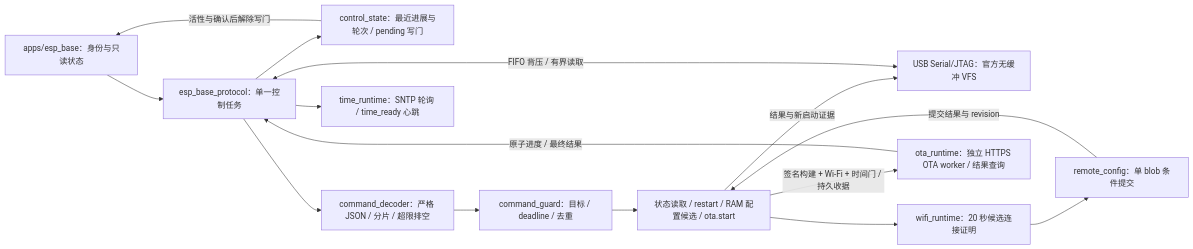
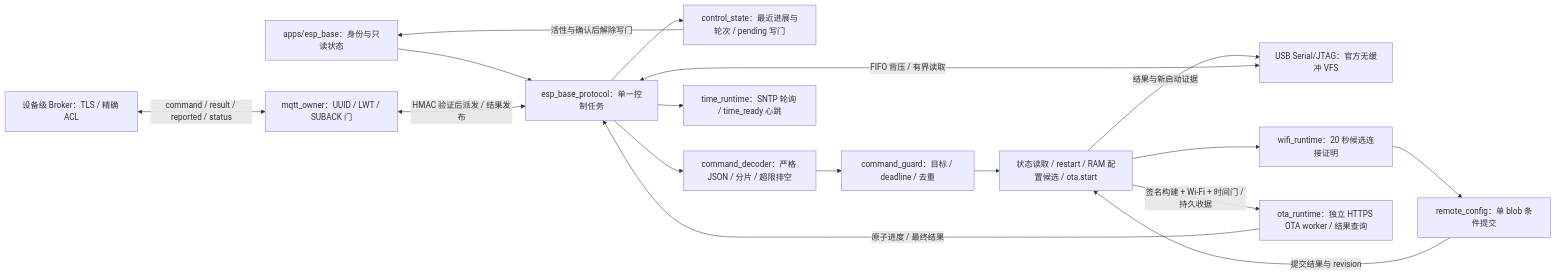
Before and after one commit to darren-you/esp-base: the diagram in firmware/components/device_protocol/README.md, drawn with Mermaid. The commit also changed other lines of this file and 14 other files, not shown here.

````diff
--- a/firmware/components/device_protocol/README.md
+++ b/firmware/components/device_protocol/README.md
@@ -7,17 +7,19 @@
 ```mermaid
 flowchart LR
     app["apps/esp_base：身份与只读状态"] --> owner["esp_base_protocol：单一控制任务"]
     owner --> state["control_state：最近进展与轮次 / pending 写门"]
     state -->|"活性与确认后解除写门"| app
     usb["USB Serial/JTAG：官方无缓冲 VFS"] <-->|"FIFO 背压 / 有界读取"| owner
+    broker["设备级 Broker：TLS / 精确 ACL"] <-->|"command / result / reported / status"| mqtt["mqtt_owner：UUID / LWT / SUBACK 门"]
+    mqtt <-->|"HMAC 验证后派发 / 结果发布"| owner
     owner --> parser["command_decoder：严格 JSON / 分片 / 超限排空"]
     parser --> guard["command_guard：目标 / deadline / 去重"]
     guard --> action["状态读取 / restart / RAM 配置候选 / ota.start"]
     action --> wifi["wifi_runtime：20 秒候选连接证明"]
     owner --> time["time_runtime：SNTP 轮询 / time_ready 心跳"]
     action -->|"签名构建 + Wi-Fi + 时间门 / 持久收据"| ota["ota_runtime：独立 HTTPS OTA worker / 结果查询"]
     ota -->|"原子进度 / 最终结果"| owner
     wifi --> store["remote_config：单 blob 条件提交"]
     store -->|"提交结果与 revision"| action
     action -->|"结果与新启动证据"| usb
 ```
````
